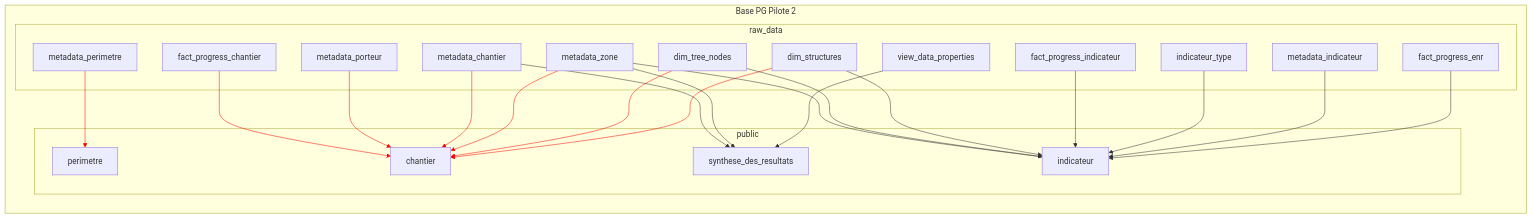
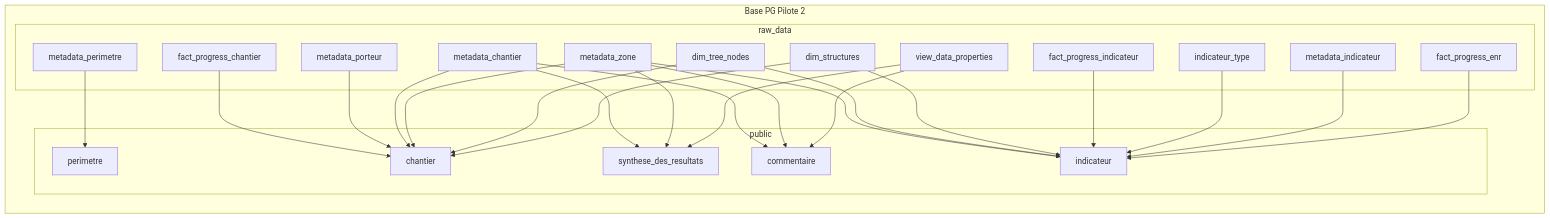
Before and after one commit to DITP-pilotage/pilote-2: the fourth of 4 diagrams in data/README.md, drawn with Mermaid. The commit also changed other lines of this file, not shown here.

Commit message:
chore: mise à jour du readme data (197)

````diff
--- a/data/README.md
+++ b/data/README.md
@@ -244,39 +244,41 @@
 ``` mermaid
 graph LR
 subgraph Base PG Pilote 2
    subgraph raw_data
       M_CHA[metadata_chantier]
       M_PER[metadata_perimetre]
       M_IND[metadata_indicateur]
       M_ZON[metadata_zone]
       D_FPI[fact_progress_indicateur]
       D_FPC[fact_progress_chantier]
       D_DTN[dim_tree_nodes]
       D_DS[dim_structures]
       M_TYPE[indicateur_type]
       M_PORT[metadata_porteur]
       D_FPE[fact_progress_enr]
       D_VDP[view_data_properties]
    end
    subgraph public
       M_PER --> PER[perimetre]
       D_FPC --> CHA
       M_PORT --> CHA
       M_CHA --> CHA[chantier]
       M_ZON --> CHA
       D_DTN --> CHA
       D_DS  --> CHA
       M_CHA --> SDR
       M_ZON --> SDR
       D_VDP --> SDR[synthese_des_resultats]
+      M_CHA --> COM
+      M_ZON --> COM
+      D_VDP --> COM[commentaire]
       M_ZON --> IND
       D_DTN --> IND
       D_DS  --> IND
       D_FPI --> IND
       M_TYPE --> IND
       M_IND --> IND[indicateur]
       D_FPE --> IND
-      linkStyle 0,1,2,3,4,5,6 stroke:red;
    end
 end
 ```
````
